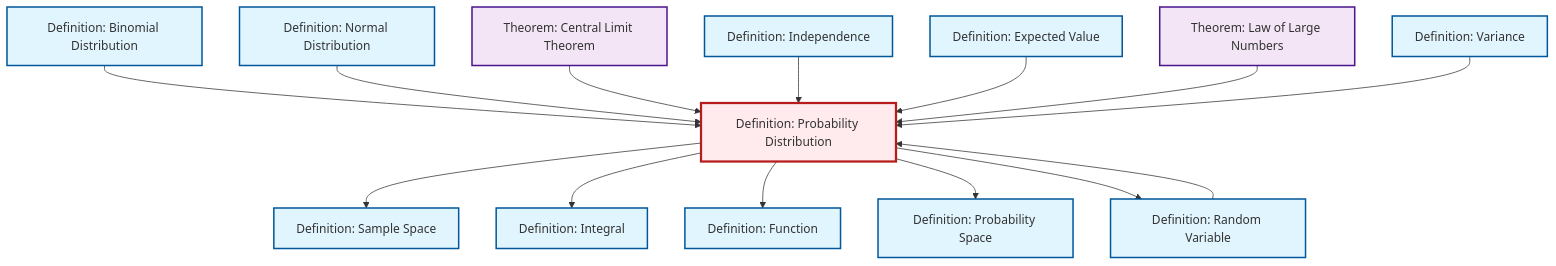
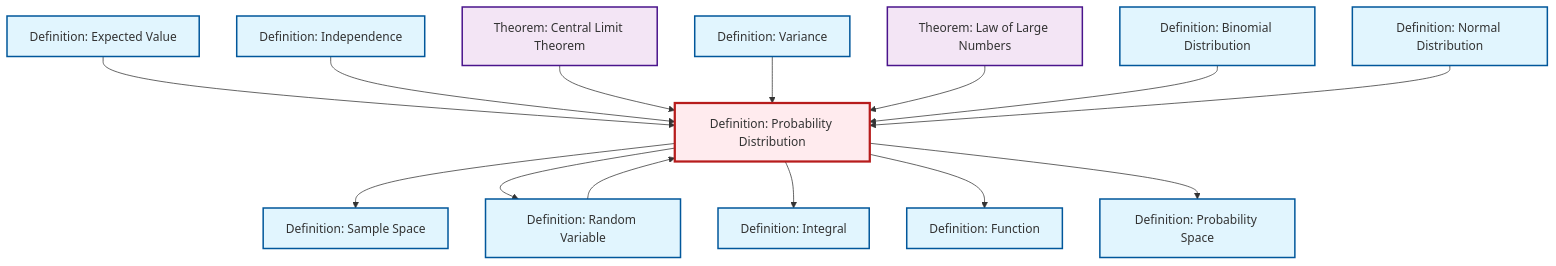
One commit to RK0429/ModernMath changed the diagram in content/en/probability-statistics/def-probability-distribution.qmd. Above: the diagram before and after it, drawn with Mermaid. The commit also changed other lines of this file and 672 other files, not shown here.

````diff
--- a/content/en/probability-statistics/def-probability-distribution.qmd
+++ b/content/en/probability-statistics/def-probability-distribution.qmd
@@ -99,48 +99,48 @@
 ```{mermaid}
 %%| fig-cap: "Local dependency graph"
 graph TD
     classDef definition fill:#e1f5fe,stroke:#01579b,stroke-width:2px
     classDef theorem fill:#f3e5f5,stroke:#4a148c,stroke-width:2px
     classDef axiom fill:#fff3e0,stroke:#e65100,stroke-width:2px
     classDef example fill:#e8f5e9,stroke:#1b5e20,stroke-width:2px
     classDef current fill:#ffebee,stroke:#b71c1c,stroke-width:3px
-    def-probability-distribution["Definition: Probability Distribution"]:::definition
-    def-expectation["Definition: Expected Value"]:::definition
-    thm-central-limit["Theorem: Central Limit Theorem"]:::theorem
-    def-random-variable["Definition: Random Variable"]:::definition
-    def-binomial-distribution["Definition: Binomial Distribution"]:::definition
-    def-independence["Definition: Independence"]:::definition
-    def-function["Definition: Function"]:::definition
-    def-sample-space["Definition: Sample Space"]:::definition
-    def-integral["Definition: Integral"]:::definition
-    thm-law-of-large-numbers["Theorem: Law of Large Numbers"]:::theorem
     def-normal-distribution["Definition: Normal Distribution"]:::definition
     def-probability-space["Definition: Probability Space"]:::definition
+    def-binomial-distribution["Definition: Binomial Distribution"]:::definition
+    thm-law-of-large-numbers["Theorem: Law of Large Numbers"]:::theorem
+    def-independence["Definition: Independence"]:::definition
+    def-expectation["Definition: Expected Value"]:::definition
+    def-function["Definition: Function"]:::definition
+    def-probability-distribution["Definition: Probability Distribution"]:::definition
+    def-sample-space["Definition: Sample Space"]:::definition
+    thm-central-limit["Theorem: Central Limit Theorem"]:::theorem
     def-variance["Definition: Variance"]:::definition
+    def-random-variable["Definition: Random Variable"]:::definition
+    def-integral["Definition: Integral"]:::definition
     def-probability-distribution --> def-sample-space
+    def-expectation --> def-probability-distribution
+    def-independence --> def-probability-distribution
+    def-probability-distribution --> def-random-variable
+    thm-central-limit --> def-probability-distribution
+    def-variance --> def-probability-distribution
+    def-probability-distribution --> def-integral
+    thm-law-of-large-numbers --> def-probability-distribution
     def-random-variable --> def-probability-distribution
     def-binomial-distribution --> def-probability-distribution
-    def-probability-distribution --> def-integral
+    def-probability-distribution --> def-function
     def-normal-distribution --> def-probability-distribution
-    thm-central-limit --> def-probability-distribution
-    def-independence --> def-probability-distribution
-    def-expectation --> def-probability-distribution
-    def-probability-distribution --> def-function
     def-probability-distribution --> def-probability-space
-    def-probability-distribution --> def-random-variable
-    thm-law-of-large-numbers --> def-probability-distribution
-    def-variance --> def-probability-distribution
     class def-probability-distribution current
+    click def-normal-distribution "def-normal-distribution.html" "Go to Normal Distribution definition"
+    click def-probability-space "def-probability-space.html" "Go to Probability Space definition"
+    click def-binomial-distribution "def-binomial-distribution.html" "Go to Binomial Distribution definition"
+    click thm-law-of-large-numbers "thm-law-of-large-numbers.html" "Go to Law of Large Numbers theorem"
+    click def-independence "def-independence.html" "Go to Independence definition"
     click def-expectation "def-expectation.html" "Go to Expected Value definition"
-    click thm-central-limit "thm-central-limit.html" "Go to Central Limit Theorem theorem"
-    click def-random-variable "def-random-variable.html" "Go to Random Variable definition"
-    click def-binomial-distribution "def-binomial-distribution.html" "Go to Binomial Distribution definition"
-    click def-independence "def-independence.html" "Go to Independence definition"
     click def-function "def-function.html" "Go to Function definition"
     click def-sample-space "def-sample-space.html" "Go to Sample Space definition"
+    click thm-central-limit "thm-central-limit.html" "Go to Central Limit Theorem theorem"
+    click def-variance "def-variance.html" "Go to Variance definition"
+    click def-random-variable "def-random-variable.html" "Go to Random Variable definition"
     click def-integral "def-integral.html" "Go to Integral definition"
-    click thm-law-of-large-numbers "thm-law-of-large-numbers.html" "Go to Law of Large Numbers theorem"
-    click def-normal-distribution "def-normal-distribution.html" "Go to Normal Distribution definition"
-    click def-probability-space "def-probability-space.html" "Go to Probability Space definition"
-    click def-variance "def-variance.html" "Go to Variance definition"
 ```
````
